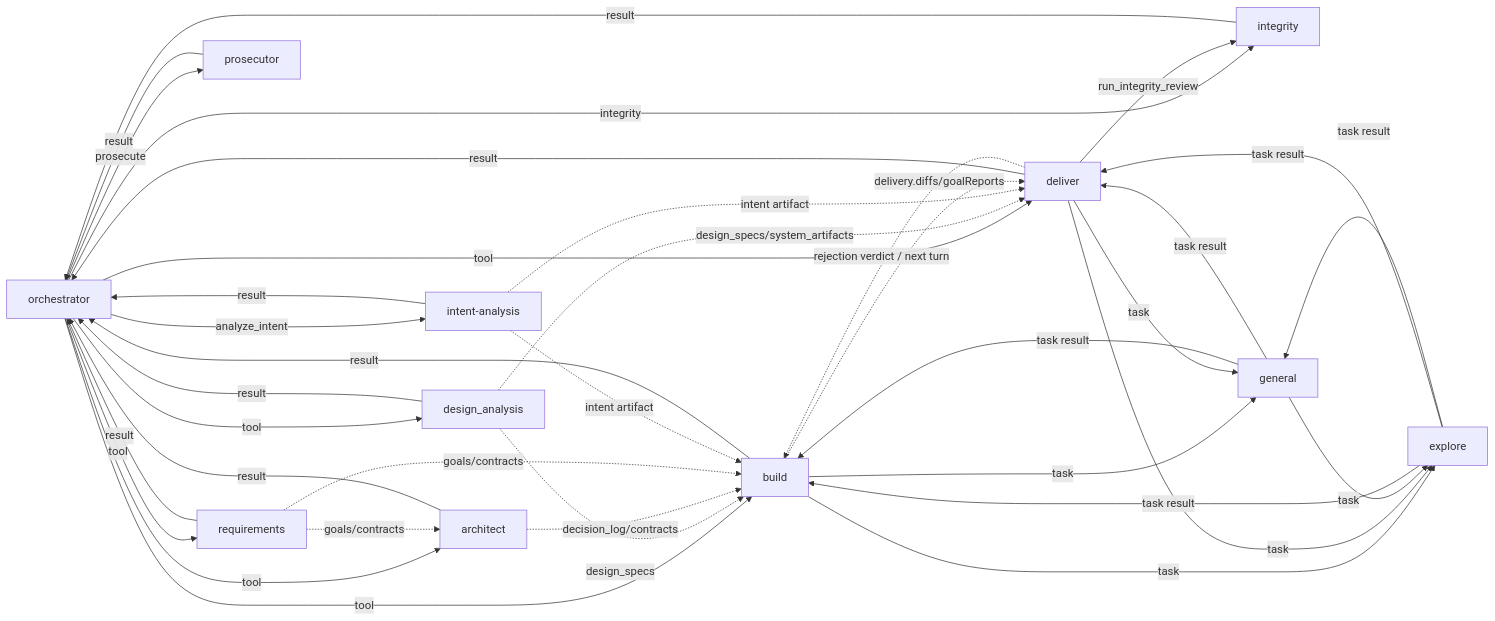
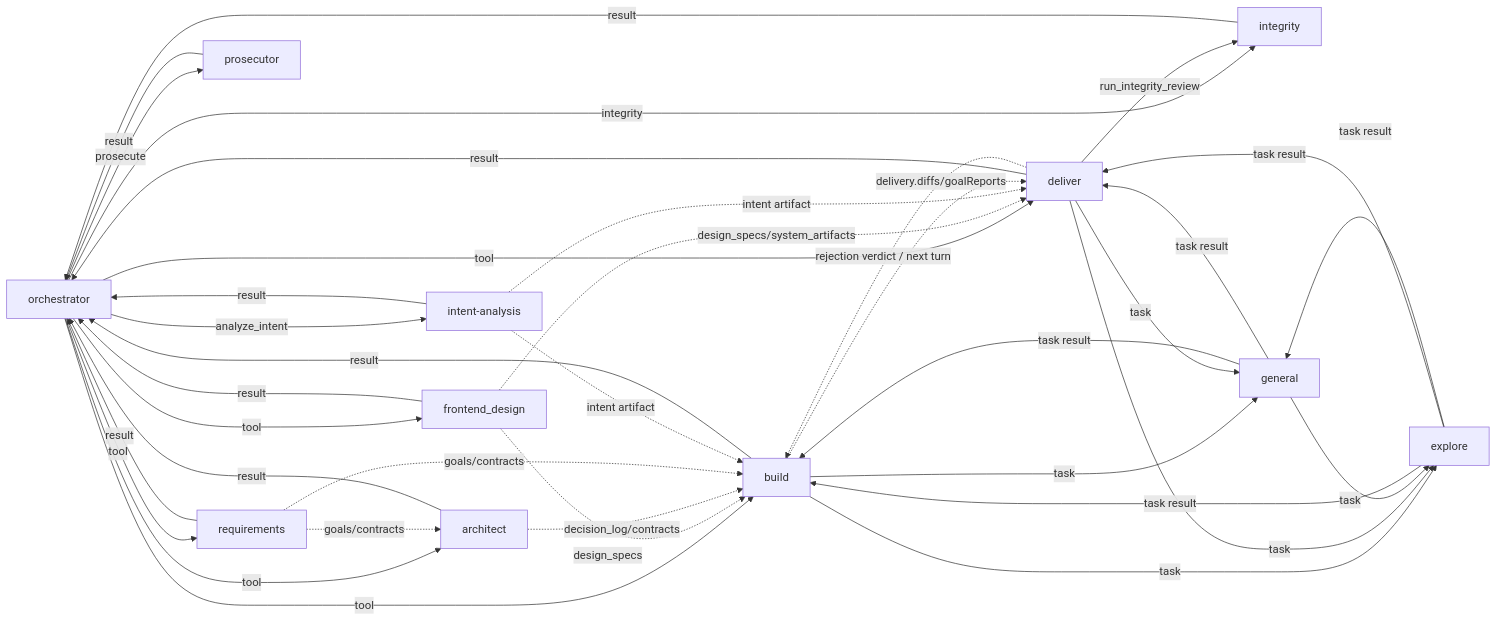
One commit to yangheng95/argus changed the second of 2 diagrams in specs/new-arch/13-agent-communication-matrix.md. Above: the diagram before and after it, drawn with Mermaid. The commit also changed other lines of this file and 432 other files, not shown here.

````diff
--- a/specs/new-arch/13-agent-communication-matrix.md
+++ b/specs/new-arch/13-agent-communication-matrix.md
@@ -180,55 +180,55 @@
 ```mermaid
 flowchart LR
   O[orchestrator]
   R[requirements]
-  X[design_analysis]
+  X[frontend_design]
   A[architect]
   B[build]
   D[deliver]
   IT[integrity]
   PR[prosecutor]
   I[intent-analysis]
   G[general]
   E[explore]
 
   O -->|tool| R
   R -->|result| O
   O -->|tool| X
   X -->|result| O
   O -->|tool| A
   A -->|result| O
   O -->|tool| B
   B -->|result| O
   O -->|tool| D
   D -->|result| O
   O -->|analyze_intent| I
   I -->|result| O
   O -->|integrity| IT
   IT -->|result| O
   O -->|prosecute| PR
   PR -->|result| O
   D -->|run_integrity_review| IT
 
   X -.->|design_specs| B
   X -.->|design_specs/system_artifacts| D
   A -.->|decision_log/contracts| B
   R -.->|goals/contracts| A
   R -.->|goals/contracts| B
   I -.->|intent artifact| B
   I -.->|intent artifact| D
   B -.->|delivery.diffs/goalReports| D
   D -.->|rejection verdict / next turn| B
 
   B -->|task| G
   G -->|task result| B
   B -->|task| E
   E -->|task result| B
 
   D -->|task| G
   G -->|task result| D
   D -->|task| E
   E -->|task result| D
 
   G -->|task| E
   E -->|task result| G
 ```
````
